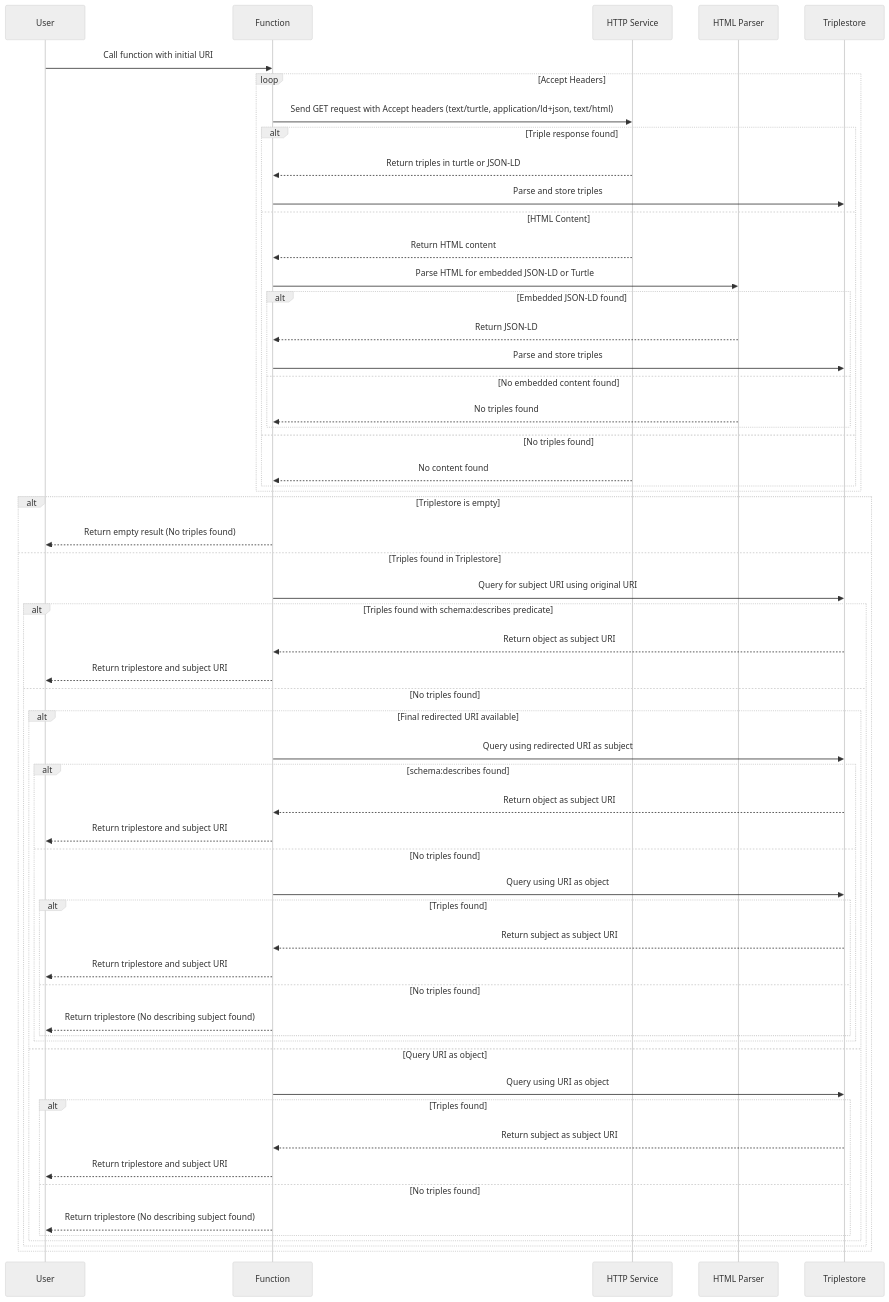
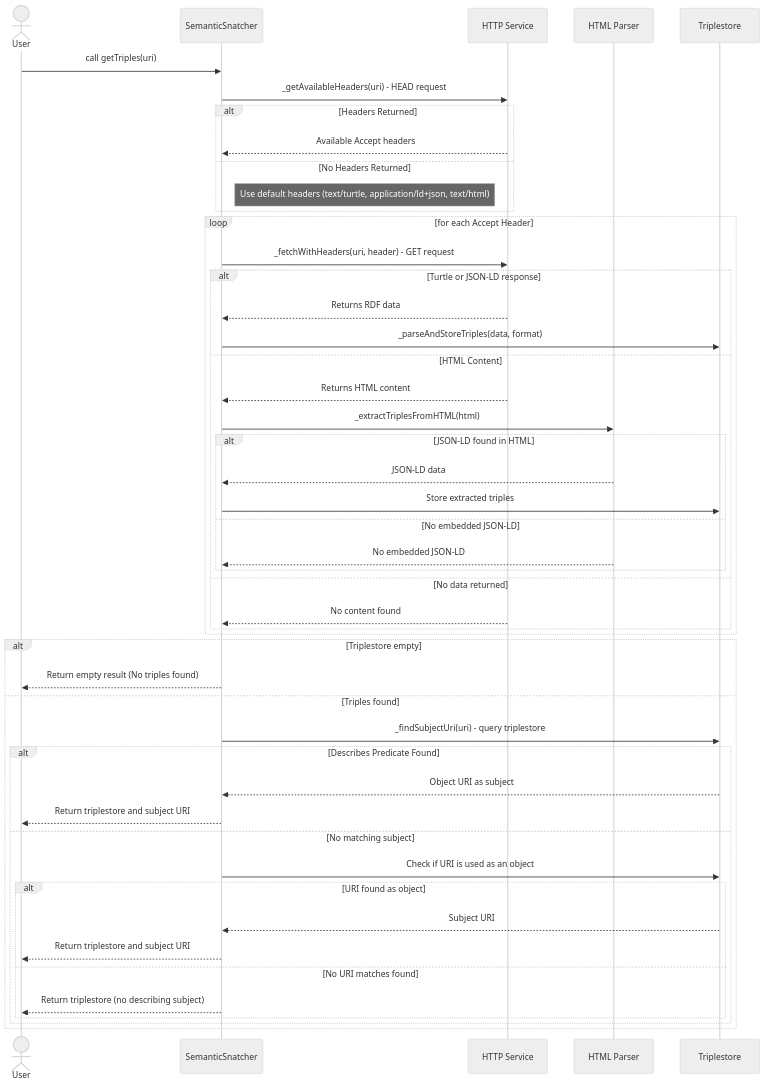
The second of 3 diagrams in README.md (cedricdcc/semantic-snatcher), drawn with Mermaid (neutral theme) before and after one commit. The commit also changed other lines of this file, not shown here.

````diff
--- a/README.md
+++ b/README.md
@@ -115,62 +110,54 @@
 ```mermaid
 sequenceDiagram
-    participant User
-    participant Function
+    actor User
+    participant SemanticSnatcher
     participant HTTPService as HTTP Service
     participant HTMLParser as HTML Parser
     participant Triplestore
 
-    User->>Function: Call function with initial URI
-    loop Accept Headers
-        Function->>HTTPService: Send GET request with Accept headers (text/turtle, application/ld+json, text/html)
-        alt Triple response found
-            HTTPService-->>Function: Return triples in turtle or JSON-LD
-            Function->>Triplestore: Parse and store triples
+    User->>SemanticSnatcher: call getTriples(uri)
+
+    SemanticSnatcher->>HTTPService: _getAvailableHeaders(uri) - HEAD request
+    alt Headers Returned
+        HTTPService-->>SemanticSnatcher: Available Accept headers
+    else No Headers Returned
+        Note right of SemanticSnatcher: Use default headers (text/turtle, application/ld+json, text/html)
+    end
+
+    loop for each Accept Header
+        SemanticSnatcher->>HTTPService: _fetchWithHeaders(uri, header) - GET request
+        alt Turtle or JSON-LD response
+            HTTPService-->>SemanticSnatcher: Returns RDF data
+            SemanticSnatcher->>Triplestore: _parseAndStoreTriples(data, format)
         else HTML Content
-            HTTPService-->>Function: Return HTML content
-            Function->>HTMLParser: Parse HTML for embedded JSON-LD or Turtle
-            alt Embedded JSON-LD found
-                HTMLParser-->>Function: Return JSON-LD
-                Function->>Triplestore: Parse and store triples
-            else No embedded content found
-                HTMLParser-->>Function: No triples found
+            HTTPService-->>SemanticSnatcher: Returns HTML content
+            SemanticSnatcher->>HTMLParser: _extractTriplesFromHTML(html)
+            alt JSON-LD found in HTML
+                HTMLParser-->>SemanticSnatcher: JSON-LD data
+                SemanticSnatcher->>Triplestore: Store extracted triples
+            else No embedded JSON-LD
+                HTMLParser-->>SemanticSnatcher: No embedded JSON-LD
             end
-        else No triples found
-            HTTPService-->>Function: No content found
+        else No data returned
+            HTTPService-->>SemanticSnatcher: No content found
         end
     end
 
-    alt Triplestore is empty
-        Function-->>User: Return empty result (No triples found)
-    else Triples found in Triplestore
-        Function->>Triplestore: Query for subject URI using original URI
-        alt Triples found with schema:describes predicate
-            Triplestore-->>Function: Return object as subject URI
-            Function-->>User: Return triplestore and subject URI
-        else No triples found
-            alt Final redirected URI available
-                Function->>Triplestore: Query using redirected URI as subject
-                alt schema:describes found
-                    Triplestore-->>Function: Return object as subject URI
-                    Function-->>User: Return triplestore and subject URI
-                else No triples found
-                    Function->>Triplestore: Query using URI as object
-                    alt Triples found
-                        Triplestore-->>Function: Return subject as subject URI
-                        Function-->>User: Return triplestore and subject URI
-                    else No triples found
-                        Function-->>User: Return triplestore (No describing subject found)
-                    end
-                end
-            else Query URI as object
-                Function->>Triplestore: Query using URI as object
-                alt Triples found
-                    Triplestore-->>Function: Return subject as subject URI
-                    Function-->>User: Return triplestore and subject URI
-                else No triples found
-                    Function-->>User: Return triplestore (No describing subject found)
-                end
+    alt Triplestore empty
+        SemanticSnatcher-->>User: Return empty result (No triples found)
+    else Triples found
+        SemanticSnatcher->>Triplestore: _findSubjectUri(uri) - query triplestore
+        alt Describes Predicate Found
+            Triplestore-->>SemanticSnatcher: Object URI as subject
+            SemanticSnatcher-->>User: Return triplestore and subject URI
+        else No matching subject
+            SemanticSnatcher->>Triplestore: Check if URI is used as an object
+            alt URI found as object
+                Triplestore-->>SemanticSnatcher: Subject URI
+                SemanticSnatcher-->>User: Return triplestore and subject URI
+            else No URI matches found
+                SemanticSnatcher-->>User: Return triplestore (no describing subject)
             end
         end
     end
 ```
````
